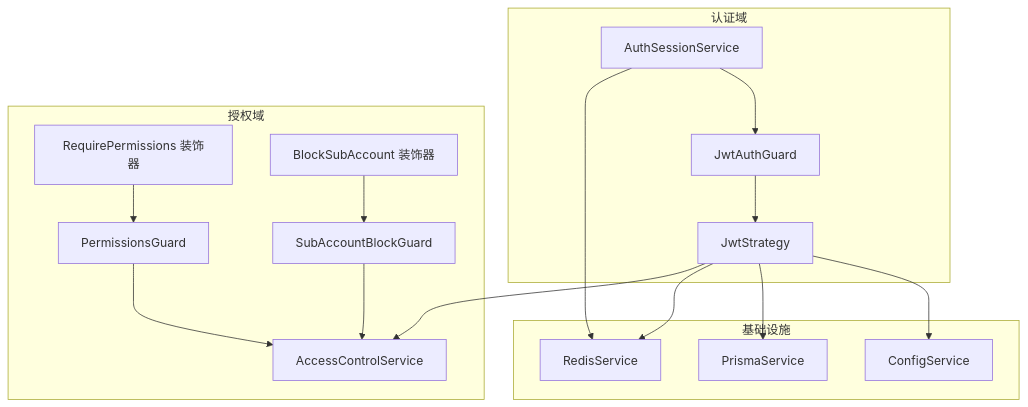
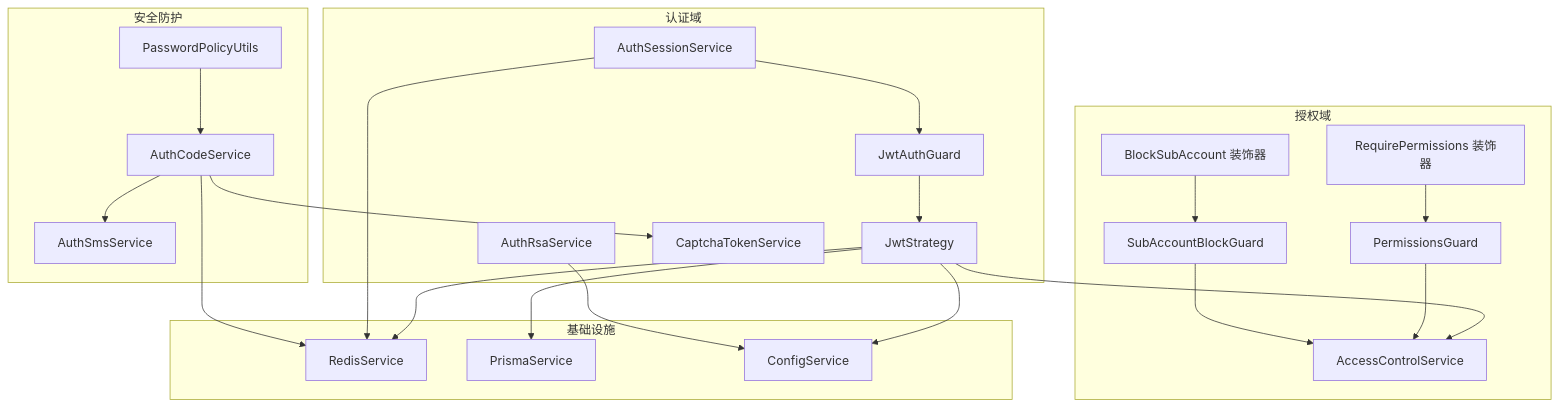
The first of 8 diagrams in .qoder/repowiki/zh/content/架构设计/安全架构.md (rc558620/purelyprofit-server), drawn with Mermaid before and after one commit. The commit also changed other lines of this file and 25 other files, not shown here.

````diff
--- a/.qoder/repowiki/zh/content/架构设计/安全架构.md
+++ b/.qoder/repowiki/zh/content/架构设计/安全架构.md
@@ -65,31 +79,43 @@
 ```mermaid
 graph TB
 subgraph "认证域"
 JWG["JwtAuthGuard"]
 JST["JwtStrategy"]
 ASS["AuthSessionService"]
+ARSA["AuthRsaService"]
+CTS["CaptchaTokenService"]
 end
 subgraph "授权域"
 ACS["AccessControlService"]
 PG["PermissionsGuard"]
 SABG["SubAccountBlockGuard"]
 RP["RequirePermissions 装饰器"]
 BSA["BlockSubAccount 装饰器"]
+end
+subgraph "安全防护"
+ACODE["AuthCodeService"]
+PSM["PasswordPolicyUtils"]
+ASMS["AuthSmsService"]
 end
 subgraph "基础设施"
 RDS["RedisService"]
 PRS["PrismaService"]
 CFG["ConfigService"]
 end
 JWG --> JST
 JST --> ACS
 JST --> RDS
 JST --> PRS
 JST --> CFG
 ASS --> RDS
 ASS --> JWG
 PG --> ACS
 SABG --> ACS
 RP --> PG
 BSA --> SABG
+ARSA --> CFG
+ACODE --> CTS
+ACODE --> ASMS
+ACODE --> RDS
+PSM --> ACODE
 ```
````
